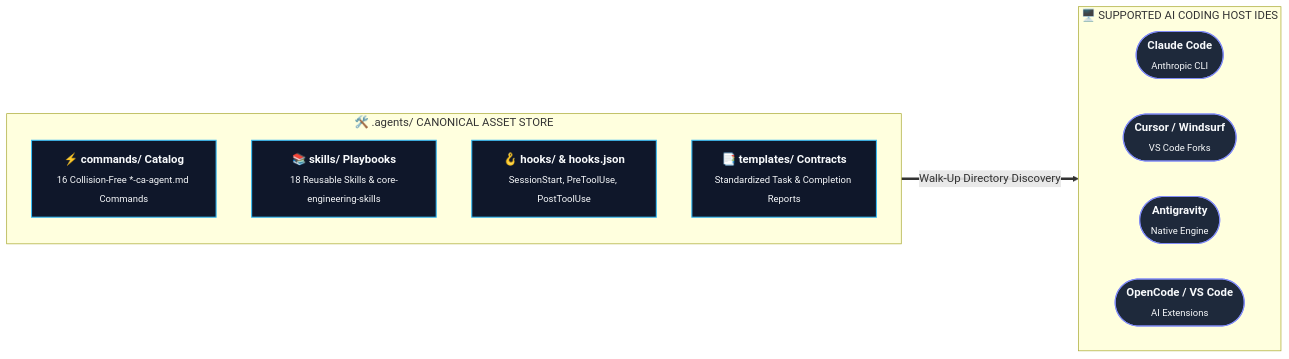
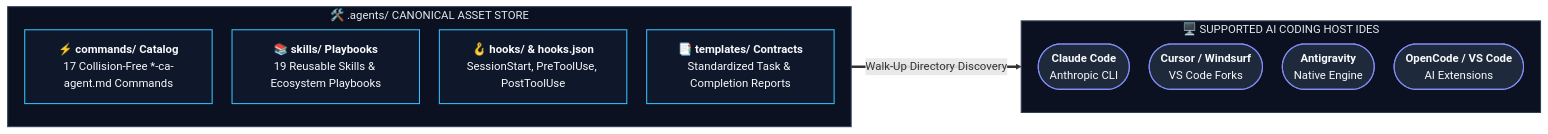
Before and after one commit to ChandanAY-24/Agentic-Development-ChandanAY: the first of 2 diagrams in SDD-Vibe-Framework/.agents/README.md, drawn with Mermaid. The commit also changed other lines of this file and 13 other files, not shown here.

Commit message:
docs: polish Mermaid diagrams across READMEs and guides

````diff
--- a/SDD-Vibe-Framework/.agents/README.md
+++ b/SDD-Vibe-Framework/.agents/README.md
@@ -28,23 +28,35 @@
 ```mermaid
+%%{init: {'flowchart': {'curve': 'basis', 'padding': 16, 'nodeSpacing': 28, 'rankSpacing': 40}}}%%
 flowchart LR
     classDef asset fill:#0f172a,stroke:#38bdf8,stroke-width:1.5px,color:#f8fafc;
     classDef ide fill:#1e293b,stroke:#818cf8,stroke-width:1.5px,color:#f8fafc;
 
     subgraph AgentsRoot ["🛠️ .agents/ CANONICAL ASSET STORE"]
         direction TB
-        Commands["<b>⚡ commands/ Catalog</b><br/><sub>16 Collision-Free *-ca-agent.md Commands</sub>"]:::asset
-        Skills["<b>📚 skills/ Playbooks</b><br/><sub>18 Reusable Skills & core-engineering-skills</sub>"]:::asset
-        Hooks["<b>🪝 hooks/ & hooks.json</b><br/><sub>SessionStart, PreToolUse, PostToolUse</sub>"]:::asset
-        Templates["<b>📑 templates/ Contracts</b><br/><sub>Standardized Task & Completion Reports</sub>"]:::asset
+        Commands["`**⚡ commands/ Catalog**
+17 Collision-Free *-ca-agent.md Commands`"]:::asset
+        Skills["`**📚 skills/ Playbooks**
+19 Reusable Skills & Ecosystem Playbooks`"]:::asset
+        Hooks["`**🪝 hooks/ & hooks.json**
+SessionStart, PreToolUse, PostToolUse`"]:::asset
+        Templates["`**📑 templates/ Contracts**
+Standardized Task & Completion Reports`"]:::asset
     end
 
     subgraph HostIDEs ["🖥️ SUPPORTED AI CODING HOST IDES"]
-        direction LR
-        IDE1(["<b>Claude Code</b><br/><sub>Anthropic CLI</sub>"]):::ide
-        IDE2(["<b>Cursor / Windsurf</b><br/><sub>VS Code Forks</sub>"]):::ide
-        IDE3(["<b>Antigravity</b><br/><sub>Native Engine</sub>"]):::ide
-        IDE4(["<b>OpenCode / VS Code</b><br/><sub>AI Extensions</sub>"]):::ide
+        direction TB
+        IDE1(["`**Claude Code**
+Anthropic CLI`"]):::ide
+        IDE2(["`**Cursor / Windsurf**
+VS Code Forks`"]):::ide
+        IDE3(["`**Antigravity**
+Native Engine`"]):::ide
+        IDE4(["`**OpenCode / VS Code**
+AI Extensions`"]):::ide
     end
 
     AgentsRoot ==>|"Walk-Up Directory Discovery"| HostIDEs
+
+    style AgentsRoot fill:#0b1120,stroke:#334155,stroke-width:1.5px,color:#e2e8f0
+    style HostIDEs fill:#0b1120,stroke:#334155,stroke-width:1.5px,color:#e2e8f0
 ```
````
